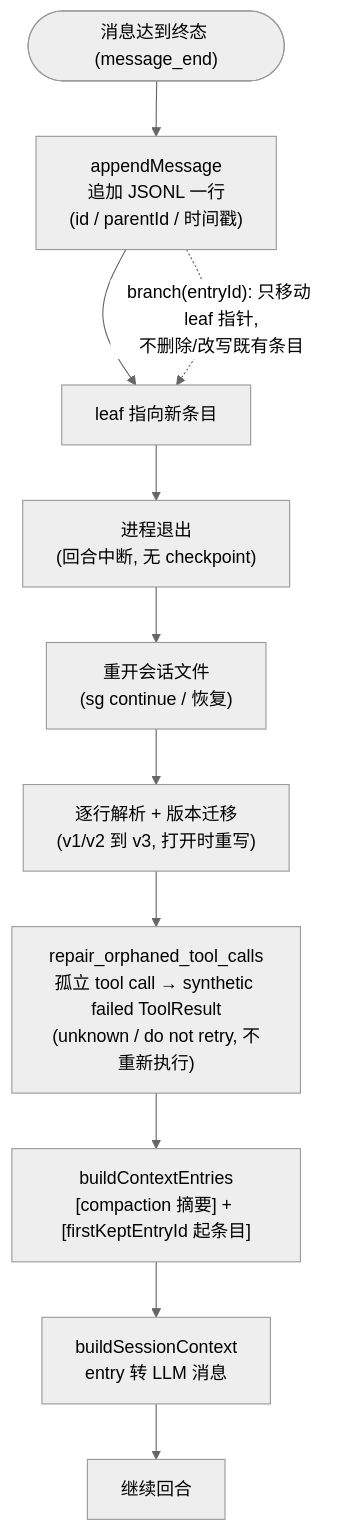
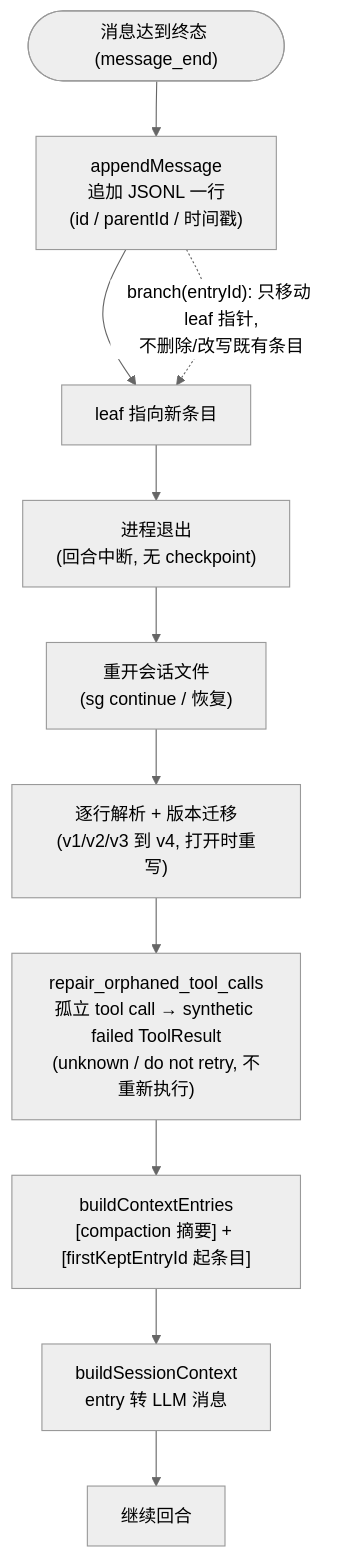
One commit to qjcnmd/singularity-agent changed the fifth of 8 diagrams in docs/singularity.md. Above: the diagram before and after it, drawn with Mermaid (neutral theme). The commit also changed other lines of this file and 9 other files, not shown here.

````diff
--- a/docs/singularity.md
+++ b/docs/singularity.md
@@ -156,13 +156,13 @@
 ```mermaid
 flowchart TD
     A(["消息达到终态 (message_end)"]) --> B["appendMessage<br/>追加 JSONL 一行<br/>(id / parentId / 时间戳)"]
     B --> C["leaf 指向新条目"]
     C --> D["进程退出<br/>(回合中断, 无 checkpoint)"]
     D --> E["重开会话文件<br/>(sg continue / 恢复)"]
-    E --> F["逐行解析 + 版本迁移<br/>(v1/v2 到 v3, 打开时重写)"]
+    E --> F["逐行解析 + 版本迁移<br/>(v1/v2/v3 到 v4, 打开时重写)"]
     F --> F2["repair_orphaned_tool_calls<br/>孤立 tool call → synthetic failed ToolResult<br/>(unknown / do not retry, 不重新执行)"]
     F2 --> G["buildContextEntries<br/>[compaction 摘要] + [firstKeptEntryId 起条目]"]
     G --> H["buildSessionContext<br/>entry 转 LLM 消息"]
     H --> I["继续回合"]
     B -. "branch(entryId): 只移动 leaf 指针,<br/>不删除/改写既有条目" .-> C
 ```
````
